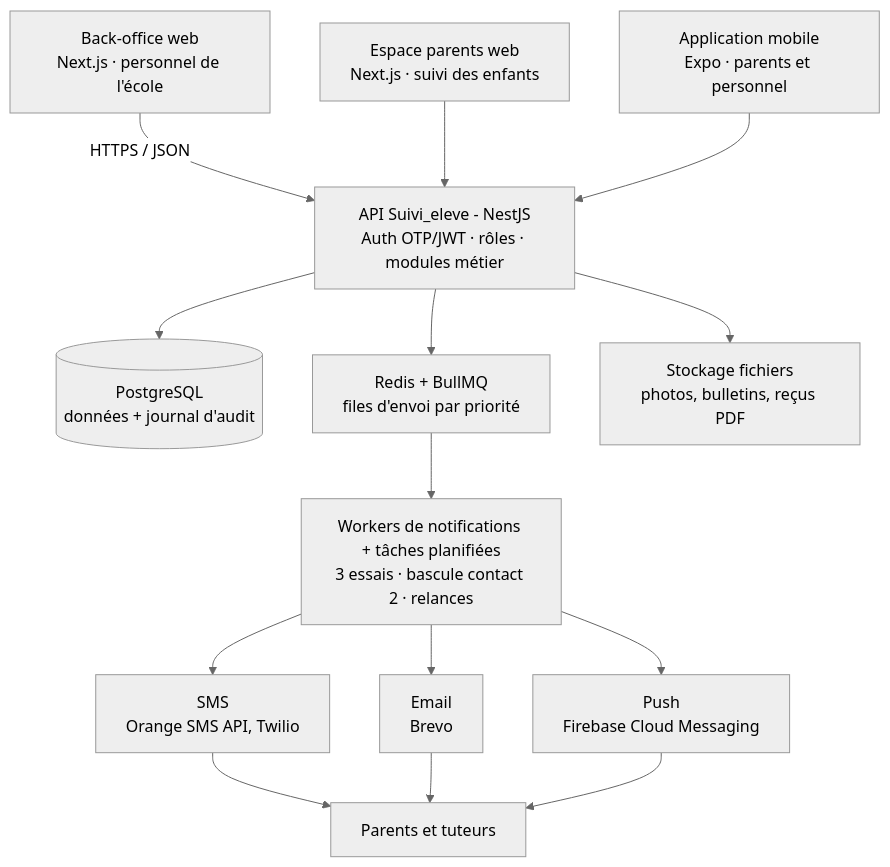
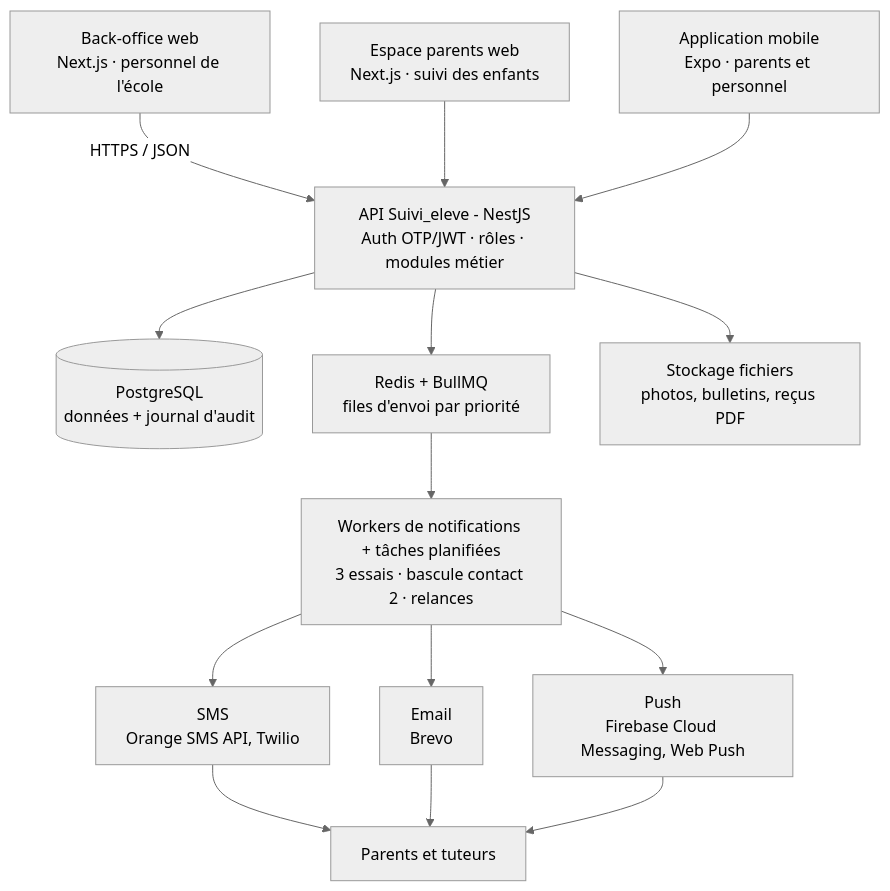
The diagram in docs/CAHIER_DES_CHARGES.md (MOUSTO-HUB/Suivi_eleve), drawn with Mermaid (neutral theme) before and after one commit. The commit also changed other lines of this file and 21 other files, not shown here.

First line of the commit message:
Notifications Web Push sur le site installé (PC, Android, iPhone)

````diff
--- a/docs/CAHIER_DES_CHARGES.md
+++ b/docs/CAHIER_DES_CHARGES.md
@@ -176,17 +177,17 @@
 ```mermaid
 flowchart TD
     A[Back-office web<br/>Next.js · personnel de l'école] -->|HTTPS / JSON| API
     B[Espace parents web<br/>Next.js · suivi des enfants] --> API
     C[Application mobile<br/>Expo · parents et personnel] --> API
     API[API Suivi_eleve - NestJS<br/>Auth OTP/JWT · rôles · modules métier]
     API --> DB[(PostgreSQL<br/>données + journal d'audit)]
     API --> Q[Redis + BullMQ<br/>files d'envoi par priorité]
     API --> S[Stockage fichiers<br/>photos, bulletins, reçus PDF]
     Q --> W[Workers de notifications + tâches planifiées<br/>3 essais · bascule contact 2 · relances]
     W --> SMS[SMS<br/>Orange SMS API, Twilio]
     W --> MAIL[Email<br/>Brevo]
-    W --> PUSH[Push<br/>Firebase Cloud Messaging]
+    W --> PUSH[Push<br/>Firebase Cloud Messaging, Web Push]
     SMS --> P[Parents et tuteurs]
     MAIL --> P
     PUSH --> P
 ```
````
